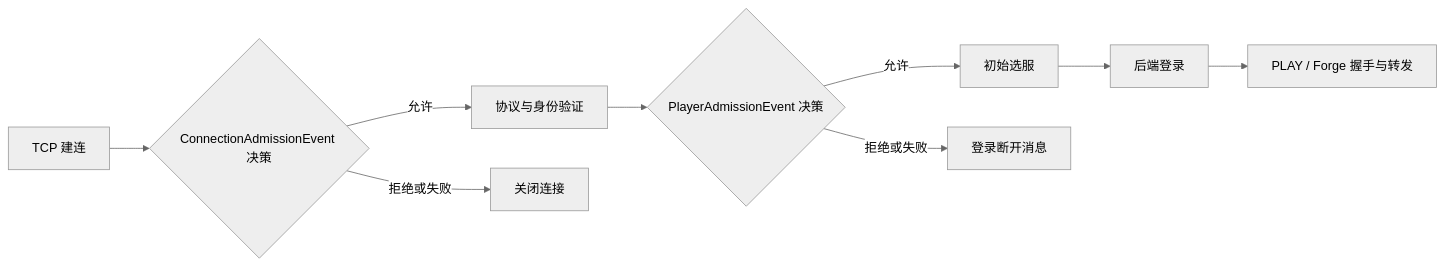
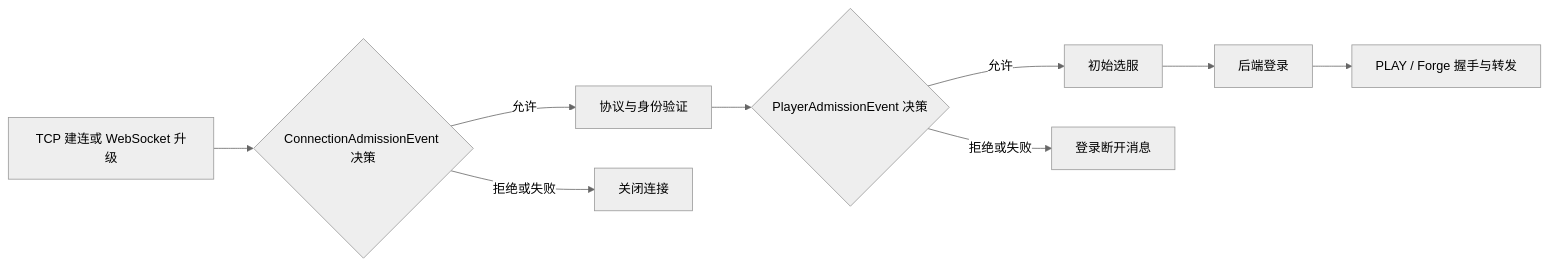
The diagram in docs/architecture.md (layue13/MoonBridge), drawn with Mermaid (neutral theme) before and after one commit. The commit also changed other lines of this file and 26 other files, not shown here.

First line of the commit message:
feat: 与 TCP 并存的 WebSocket 玩家监听

````diff
--- a/docs/architecture.md
+++ b/docs/architecture.md
@@ -19,11 +21,11 @@
 ```mermaid
 flowchart LR
-    A[TCP 建连] --> B{ConnectionAdmissionEvent 决策}
+    A[TCP 建连或 WebSocket 升级] --> B{ConnectionAdmissionEvent 决策}
     B -->|允许| C[协议与身份验证]
     B -->|拒绝或失败| X[关闭连接]
     C --> D{PlayerAdmissionEvent 决策}
     D -->|允许| E[初始选服]
     D -->|拒绝或失败| Y[登录断开消息]
     E --> F[后端登录]
     F --> G[PLAY / Forge 握手与转发]
 ```
````
